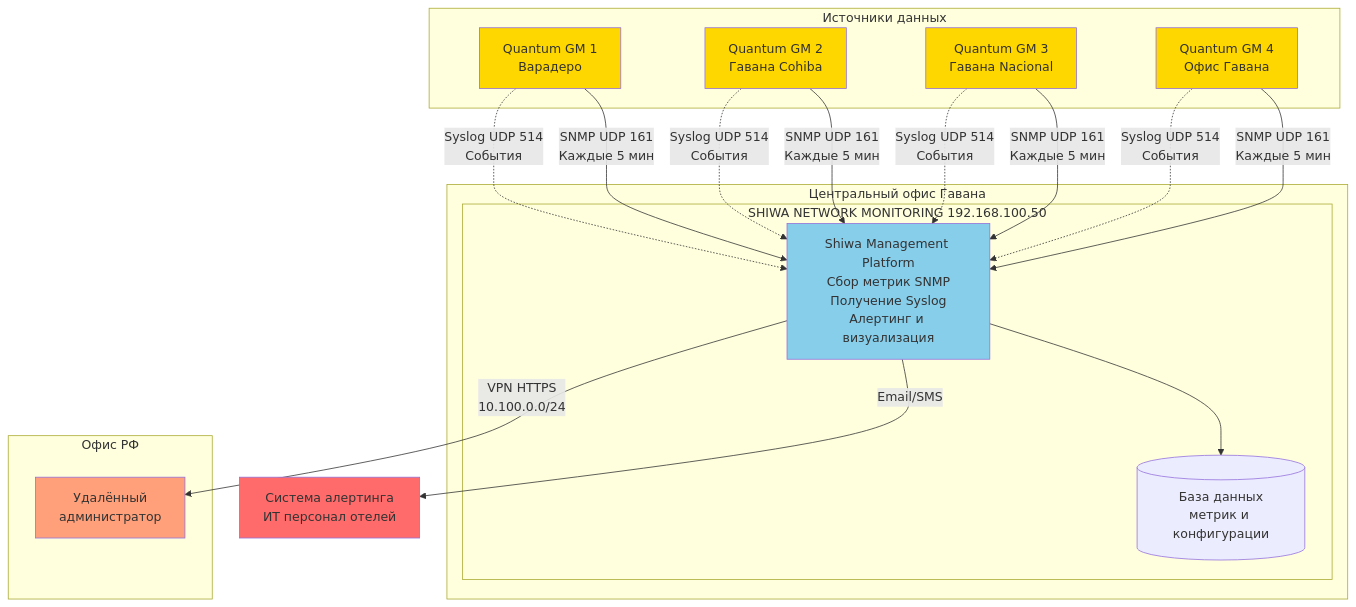
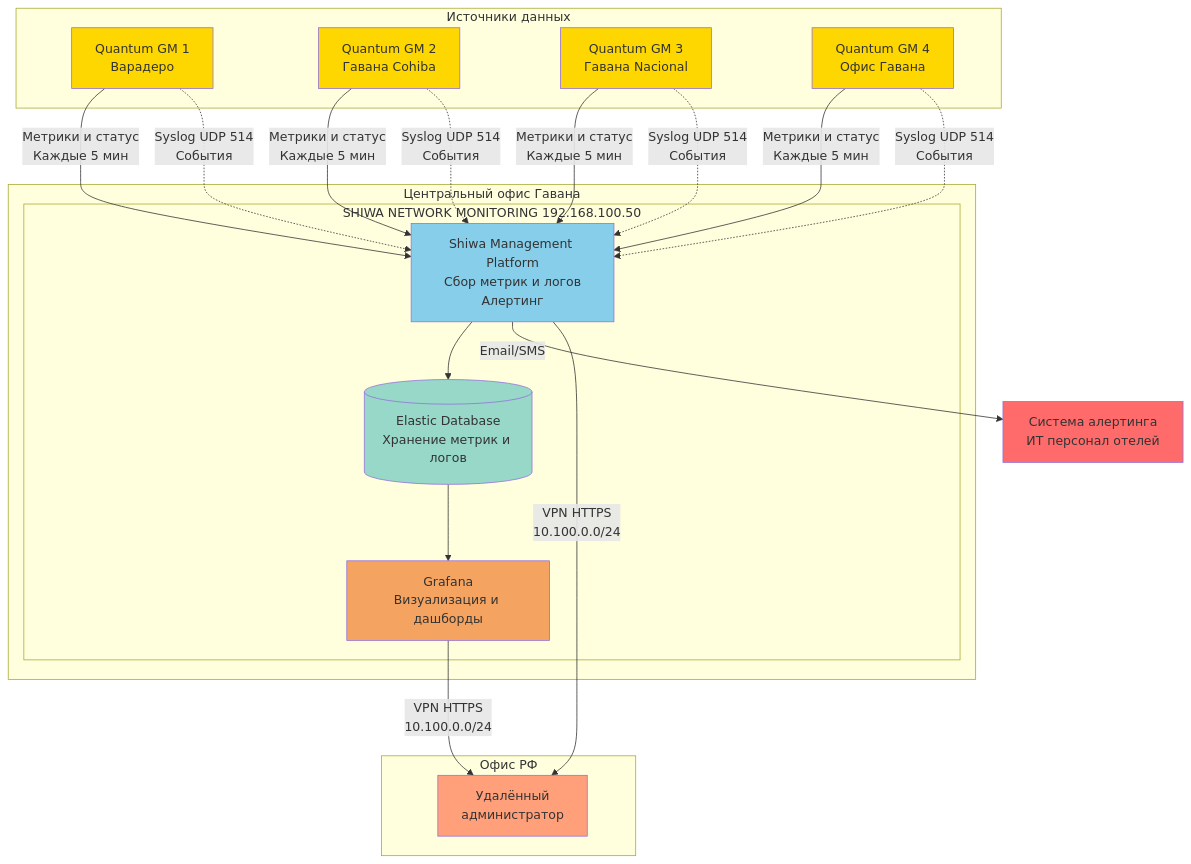
Before and after one commit to SiwaNetwork/BIZNES_HOTEL: the fourth of 6 diagrams in network_diagrams.md, drawn with Mermaid. The commit also changed other lines of this file and 3 other files, not shown here.

````diff
--- a/network_diagrams.md
+++ b/network_diagrams.md
@@ -347,44 +341,49 @@
 ```mermaid
 graph TB
     subgraph sources["Источники данных"]
         GM1["Quantum GM 1<br/>Варадеро"]
         GM2["Quantum GM 2<br/>Гавана Cohiba"]
         GM3["Quantum GM 3<br/>Гавана Nacional"]
         GM4["Quantum GM 4<br/>Офис Гавана"]
     end
     
     subgraph office["Центральный офис Гавана"]
         subgraph monitoring["SHIWA NETWORK MONITORING 192.168.100.50"]
-            TIMEBEAT["Shiwa Management Platform<br/>Сбор метрик SNMP<br/>Получение Syslog<br/>Алертинг и визуализация"]
-            DB[("База данных<br/>метрик и конфигурации")]
+            SHIWA["Shiwa Management Platform<br/>Сбор метрик и логов<br/>Алертинг"]
+            ELASTIC[("Elastic Database<br/>Хранение метрик и логов")]
+            GRAFANA_VIS["Grafana<br/>Визуализация и дашборды"]
             
-            TIMEBEAT --> DB
+            SHIWA --> ELASTIC
+            ELASTIC --> GRAFANA_VIS
         end
     end
     
-    GM1 -->|"SNMP UDP 161<br/>Каждые 5 мин"| TIMEBEAT
-    GM2 -->|"SNMP UDP 161<br/>Каждые 5 мин"| TIMEBEAT
-    GM3 -->|"SNMP UDP 161<br/>Каждые 5 мин"| TIMEBEAT
-    GM4 -->|"SNMP UDP 161<br/>Каждые 5 мин"| TIMEBEAT
+    GM1 -->|"Метрики и статус<br/>Каждые 5 мин"| SHIWA
+    GM2 -->|"Метрики и статус<br/>Каждые 5 мин"| SHIWA
+    GM3 -->|"Метрики и статус<br/>Каждые 5 мин"| SHIWA
+    GM4 -->|"Метрики и статус<br/>Каждые 5 мин"| SHIWA
     
-    GM1 -.->|"Syslog UDP 514<br/>События"| TIMEBEAT
-    GM2 -.->|"Syslog UDP 514<br/>События"| TIMEBEAT
-    GM3 -.->|"Syslog UDP 514<br/>События"| TIMEBEAT
-    GM4 -.->|"Syslog UDP 514<br/>События"| TIMEBEAT
+    GM1 -.->|"Syslog UDP 514<br/>События"| SHIWA
+    GM2 -.->|"Syslog UDP 514<br/>События"| SHIWA
+    GM3 -.->|"Syslog UDP 514<br/>События"| SHIWA
+    GM4 -.->|"Syslog UDP 514<br/>События"| SHIWA
     
-    TIMEBEAT -->|"Email/SMS"| ALERTS["Система алертинга<br/>ИТ персонал отелей"]
+    SHIWA -->|"Email/SMS"| ALERTS["Система алертинга<br/>ИТ персонал отелей"]
     
     subgraph rf["Офис РФ"]
         RF_ADMIN["Удалённый<br/>администратор"]
     end
     
-    TIMEBEAT -->|"VPN HTTPS<br/>10.100.0.0/24"| RF_ADMIN
+    GRAFANA_VIS -->|"VPN HTTPS<br/>10.100.0.0/24"| RF_ADMIN
+    SHIWA -->|"VPN HTTPS<br/>10.100.0.0/24"| RF_ADMIN
 
     style GM1 fill:#FFD700
     style GM2 fill:#FFD700
     style GM3 fill:#FFD700
     style GM4 fill:#FFD700
-    style TIMEBEAT fill:#87CEEB
+    style SHIWA fill:#87CEEB
+    style ELASTIC fill:#98D8C8
+    style GRAFANA_VIS fill:#F4A460
     style ALERTS fill:#FF6B6B
     style RF_ADMIN fill:#FFA07A
 ```
````
